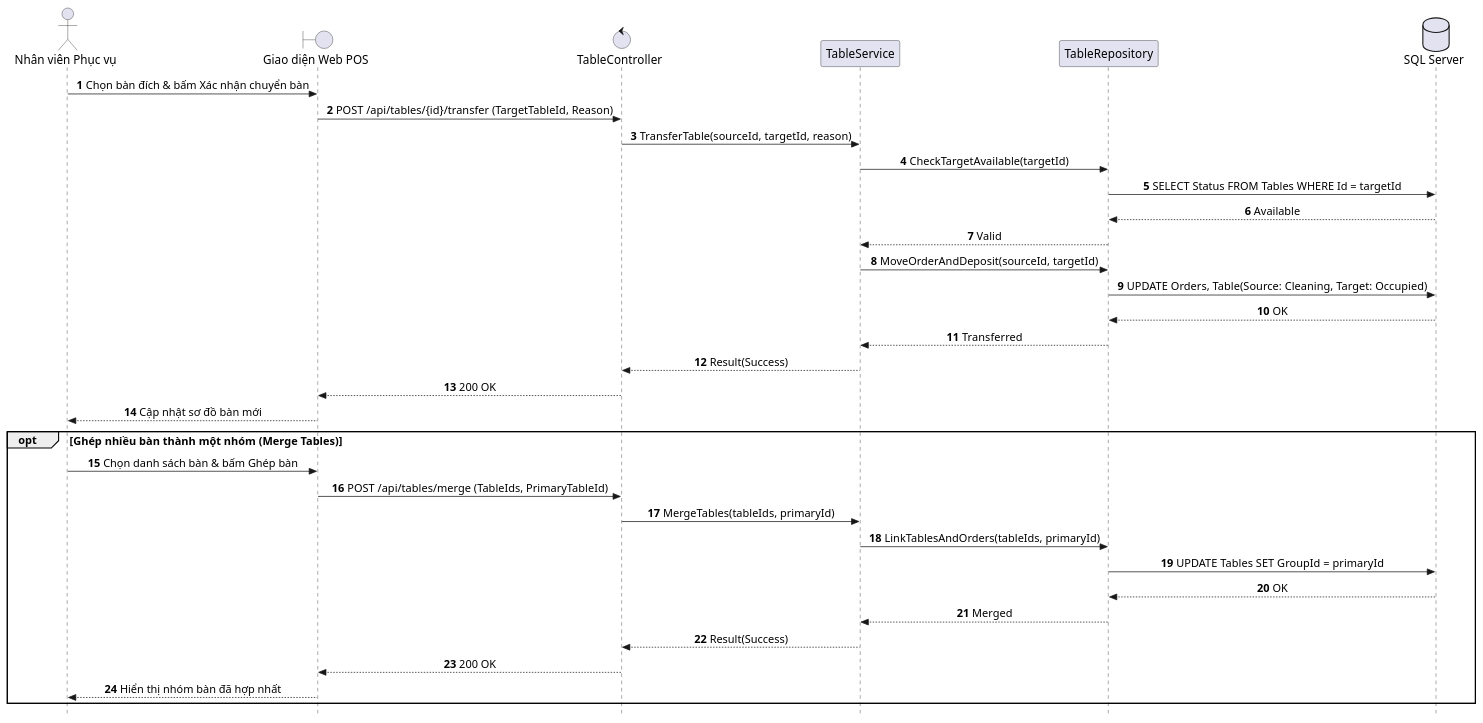
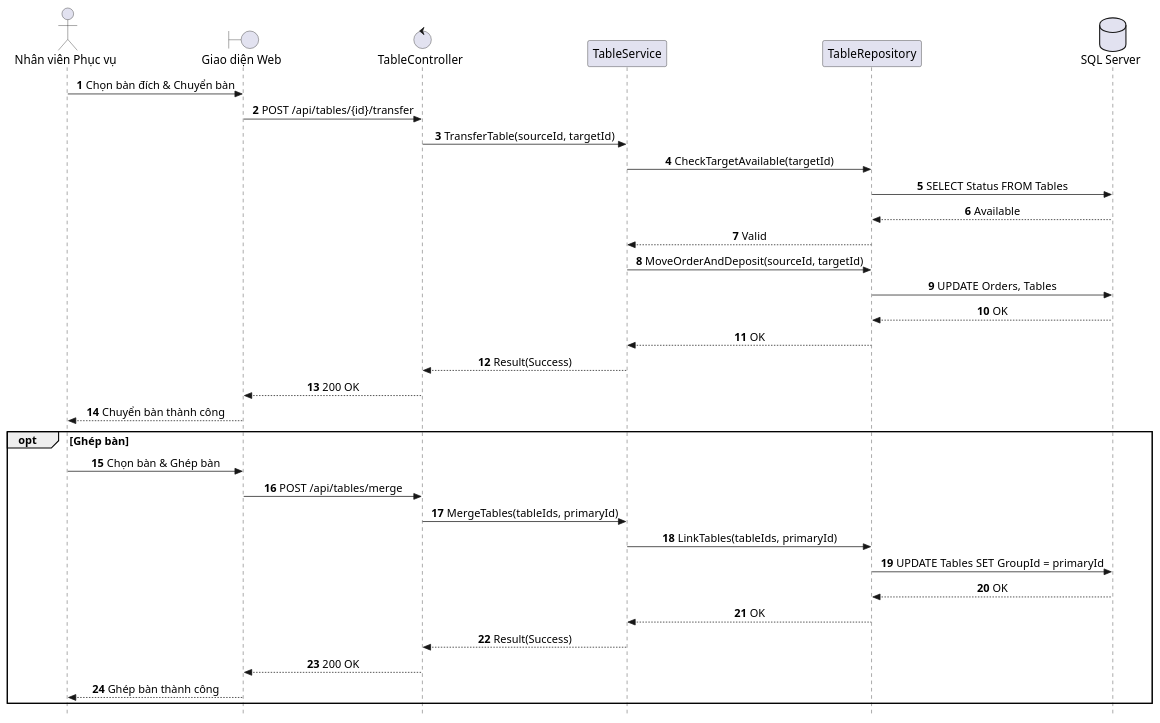
One commit to AndrewQng/VinDining changed the diagram in docs/use-cases/UC-E4_Doi_Ban_Chuyen_Ban.md. Above: the diagram before and after it, drawn with PlantUML. The commit also changed other lines of this file and 87 other files, not shown here.

Commit message:
docs: add phase 1 use case specifications, sequence diagrams, and architecture diagrams

````diff
--- a/docs/use-cases/UC-E4_Doi_Ban_Chuyen_Ban.md
+++ b/docs/use-cases/UC-E4_Doi_Ban_Chuyen_Ban.md
@@ -1,50 +27,50 @@
 ```plantuml
 @startuml SD_UC_E4_Transfer_Table
 autonumber
 skinparam style strictuml
 skinparam sequenceMessageAlign center
 skinparam responseMessageBelowArrow true
 skinparam defaultFontName "Segoe UI", Arial, sans-serif
 skinparam defaultFontSize 16
 skinparam sequenceActorFontSize 16
 skinparam sequenceParticipantFontSize 16
 skinparam sequenceArrowFontSize 15
 skinparam sequenceGroupFontSize 15
 skinparam sequenceGroupHeaderFontSize 15
 
 actor "Nhân viên Phục vụ" as Waitstaff
-boundary "Giao diện Web POS" as UI
+boundary "Giao diện Web" as UI
 control "TableController" as Controller
 participant "TableService" as Service
 participant "TableRepository" as Repo
 database "SQL Server" as DB
 
-Waitstaff -> UI: Chọn bàn đích & bấm Xác nhận chuyển bàn
-UI -> Controller: POST /api/tables/{id}/transfer (TargetTableId, Reason)
-Controller -> Service: TransferTable(sourceId, targetId, reason)
+Waitstaff -> UI: Chọn bàn đích & Chuyển bàn
+UI -> Controller: POST /api/tables/{id}/transfer
+Controller -> Service: TransferTable(sourceId, targetId)
 Service -> Repo: CheckTargetAvailable(targetId)
-Repo -> DB: SELECT Status FROM Tables WHERE Id = targetId
+Repo -> DB: SELECT Status FROM Tables
 DB --> Repo: Available
 Repo --> Service: Valid
 Service -> Repo: MoveOrderAndDeposit(sourceId, targetId)
-Repo -> DB: UPDATE Orders, Table(Source: Cleaning, Target: Occupied)
+Repo -> DB: UPDATE Orders, Tables
 DB --> Repo: OK
-Repo --> Service: Transferred
+Repo --> Service: OK
 Service --> Controller: Result(Success)
 Controller --> UI: 200 OK
-UI --> Waitstaff: Cập nhật sơ đồ bàn mới
+UI --> Waitstaff: Chuyển bàn thành công
 
-opt Ghép nhiều bàn thành một nhóm (Merge Tables)
-    Waitstaff -> UI: Chọn danh sách bàn & bấm Ghép bàn
-    UI -> Controller: POST /api/tables/merge (TableIds, PrimaryTableId)
+opt Ghép bàn
+    Waitstaff -> UI: Chọn bàn & Ghép bàn
+    UI -> Controller: POST /api/tables/merge
     Controller -> Service: MergeTables(tableIds, primaryId)
-    Service -> Repo: LinkTablesAndOrders(tableIds, primaryId)
+    Service -> Repo: LinkTables(tableIds, primaryId)
     Repo -> DB: UPDATE Tables SET GroupId = primaryId
     DB --> Repo: OK
-    Repo --> Service: Merged
+    Repo --> Service: OK
     Service --> Controller: Result(Success)
     Controller --> UI: 200 OK
-    UI --> Waitstaff: Hiển thị nhóm bàn đã hợp nhất
+    UI --> Waitstaff: Ghép bàn thành công
 end
 @enduml
 ```
````
